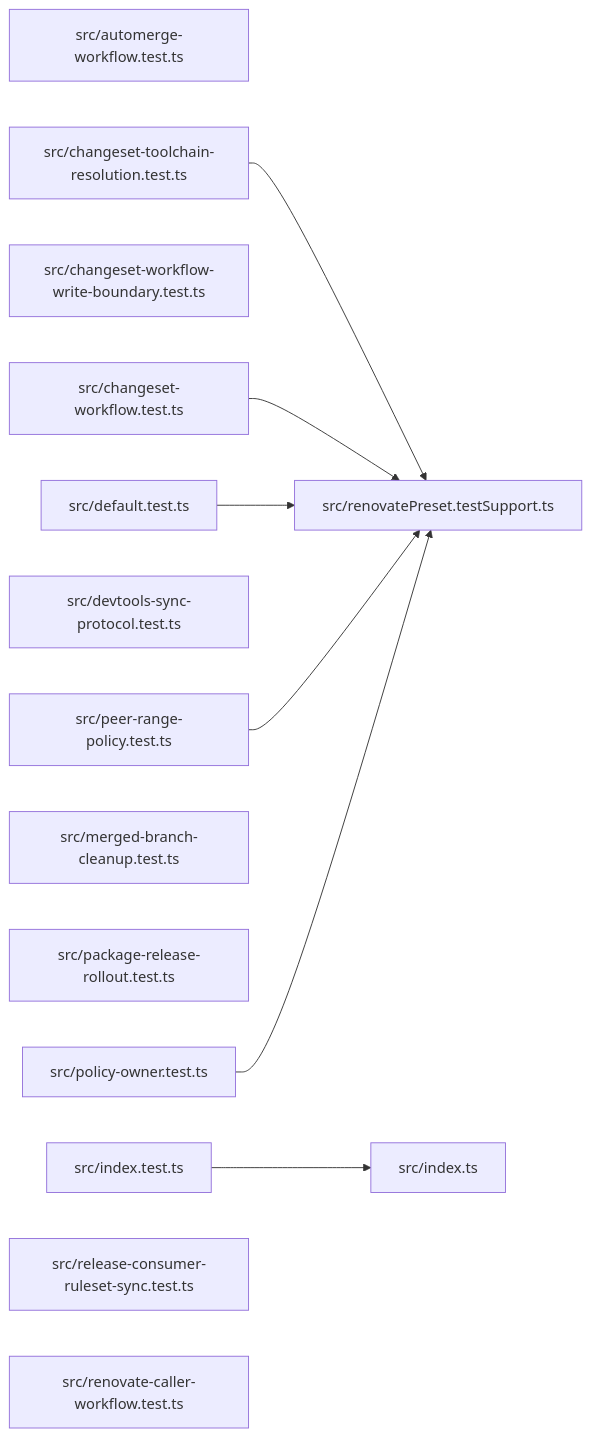
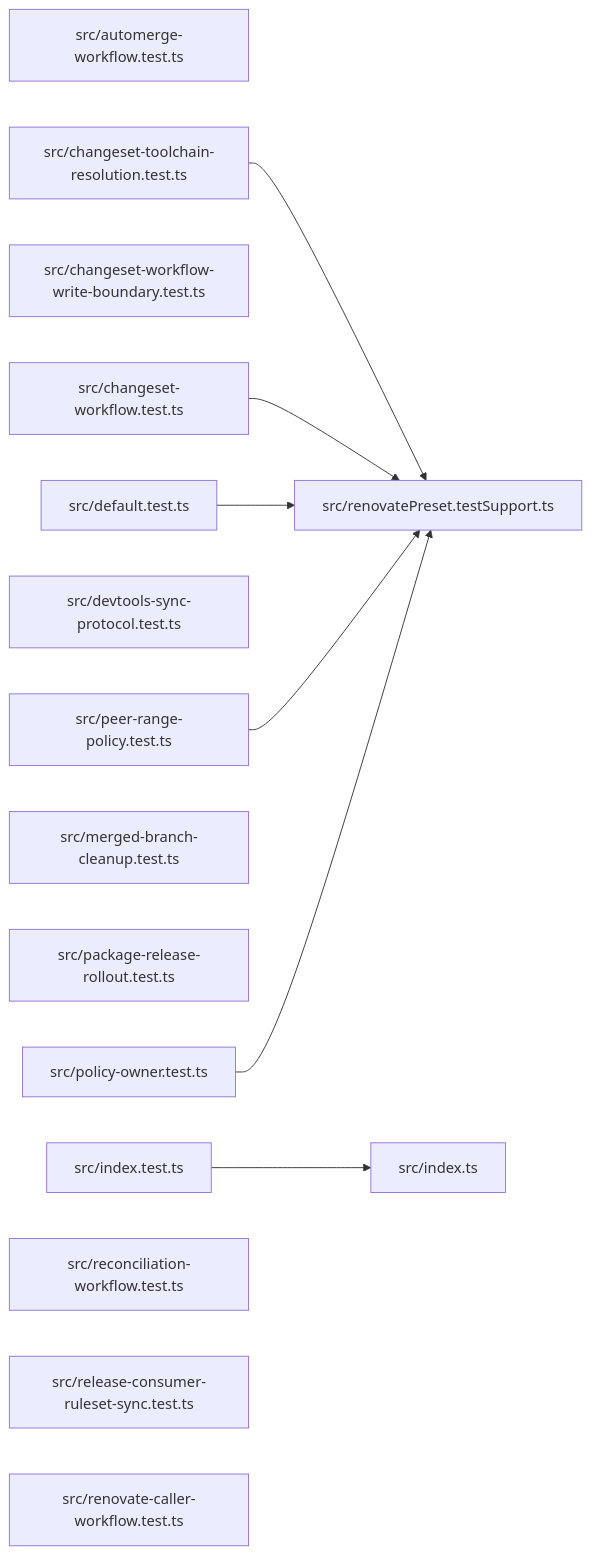
The diagram in paradox/diagrams/module-relationships.mmd (ankhorage/renovate), drawn with Mermaid before and after one commit. The commit also changed 9 other files, not shown here.

```diff
--- a/paradox/diagrams/module-relationships.mmd
+++ b/paradox/diagrams/module-relationships.mmd
@@ -1,22 +1,23 @@
 graph LR
   module_src_automerge_workflow_test_ts["src/automerge-workflow.test.ts"]
   module_src_changeset_toolchain_resolution_test_ts["src/changeset-toolchain-resolution.test.ts"]
   module_src_changeset_workflow_write_boundary_test_ts["src/changeset-workflow-write-boundary.test.ts"]
   module_src_changeset_workflow_test_ts["src/changeset-workflow.test.ts"]
   module_src_default_test_ts["src/default.test.ts"]
   module_src_devtools_sync_protocol_test_ts["src/devtools-sync-protocol.test.ts"]
   module_src_index_test_ts["src/index.test.ts"]
   module_src_index_ts["src/index.ts"]
   module_src_merged_branch_cleanup_test_ts["src/merged-branch-cleanup.test.ts"]
   module_src_package_release_rollout_test_ts["src/package-release-rollout.test.ts"]
   module_src_peer_range_policy_test_ts["src/peer-range-policy.test.ts"]
   module_src_policy_owner_test_ts["src/policy-owner.test.ts"]
+  module_src_reconciliation_workflow_test_ts["src/reconciliation-workflow.test.ts"]
   module_src_release_consumer_ruleset_sync_test_ts["src/release-consumer-ruleset-sync.test.ts"]
   module_src_renovate_caller_workflow_test_ts["src/renovate-caller-workflow.test.ts"]
   module_src_renovatePreset_testSupport_ts["src/renovatePreset.testSupport.ts"]
   module_src_changeset_toolchain_resolution_test_ts --> module_src_renovatePreset_testSupport_ts
   module_src_changeset_workflow_test_ts --> module_src_renovatePreset_testSupport_ts
   module_src_default_test_ts --> module_src_renovatePreset_testSupport_ts
   module_src_index_test_ts --> module_src_index_ts
   module_src_peer_range_policy_test_ts --> module_src_renovatePreset_testSupport_ts
   module_src_policy_owner_test_ts --> module_src_renovatePreset_testSupport_ts
```
